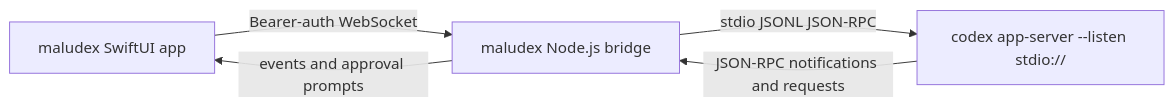
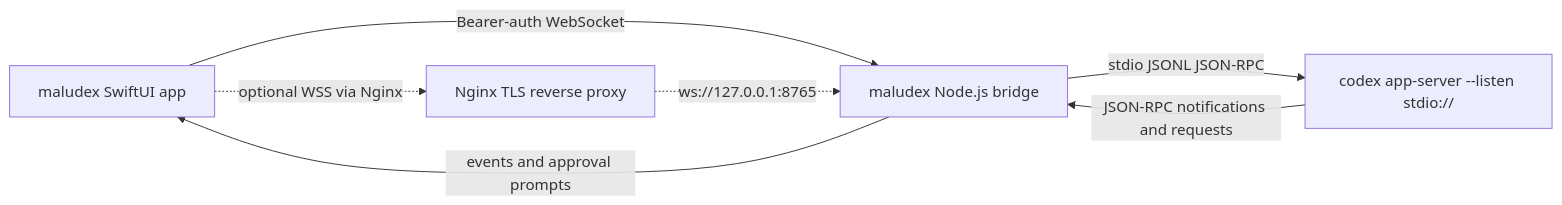
Before and after one commit to malulungsoft/maludex: the diagram in docs/architecture.md, drawn with Mermaid. The commit also changed other lines of this file and 9 other files, not shown here.

Commit message:
Release 0.1.2 nginx and bridge persistence

````diff
--- a/docs/architecture.md
+++ b/docs/architecture.md
@@ -9,7 +9,9 @@
 ```mermaid
 flowchart LR
     iPhone["maludex SwiftUI app"] -->|"Bearer-auth WebSocket"| Bridge["maludex Node.js bridge"]
+    iPhone -.->|"optional WSS via Nginx"| Nginx["Nginx TLS reverse proxy"]
+    Nginx -.->|"ws://127.0.0.1:8765"| Bridge
     Bridge -->|"stdio JSONL JSON-RPC"| Codex["codex app-server --listen stdio://"]
     Codex -->|"JSON-RPC notifications and requests"| Bridge
     Bridge -->|"events and approval prompts"| iPhone
 ```
````
